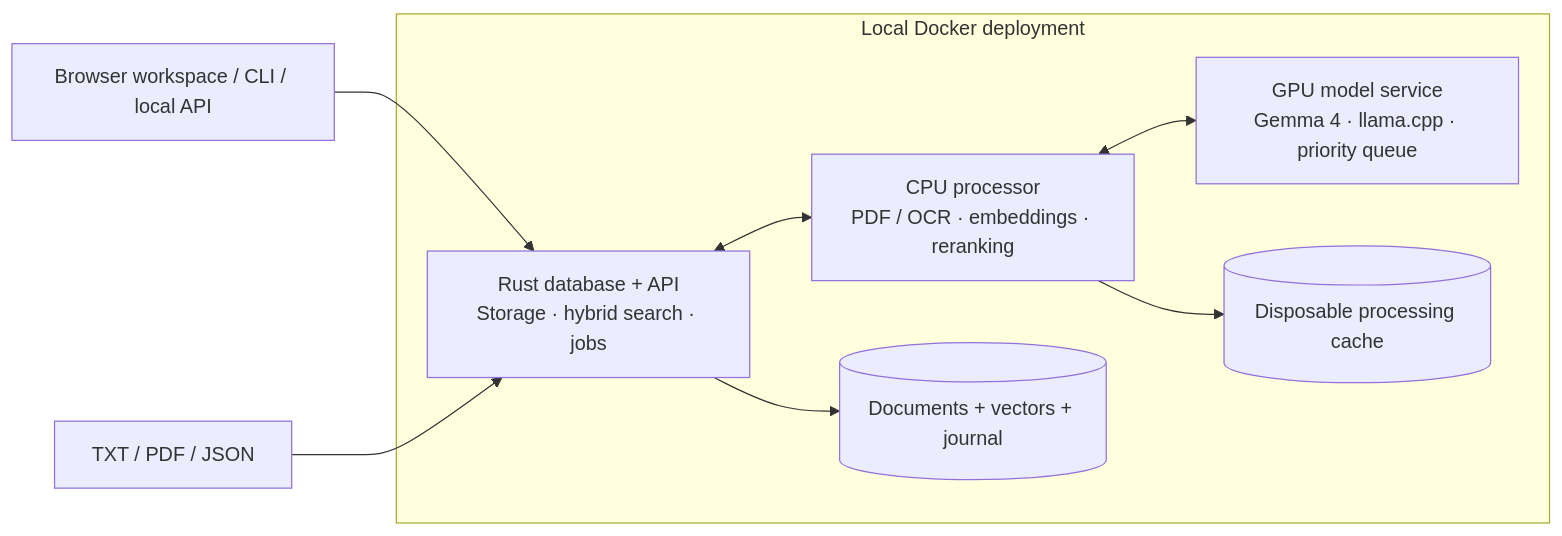
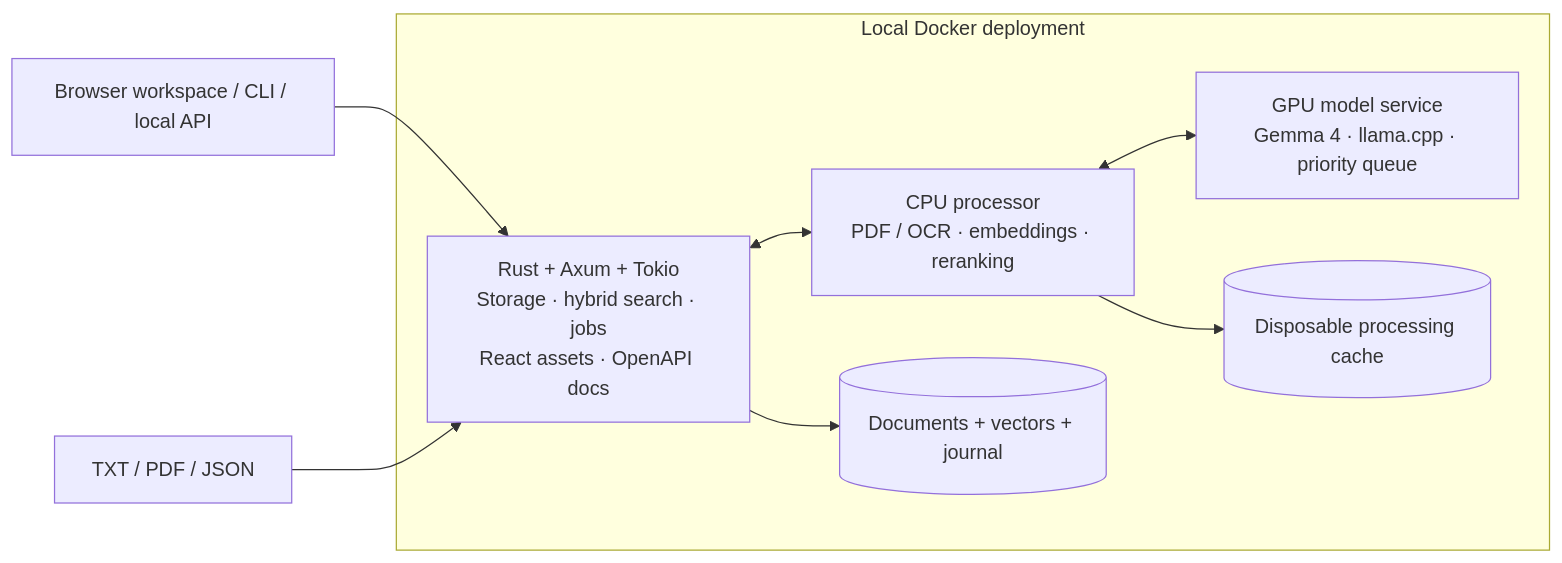
One commit to dpittaluga76/VectorNext changed the diagram in README.md. Above: the diagram before and after it, drawn with Mermaid. The commit also changed other lines of this file and 17 other files, not shown here.

````diff
--- a/README.md
+++ b/README.md
@@ -62,17 +80,17 @@
 ```mermaid
 flowchart LR
     Client["Browser workspace / CLI / local API"] --> Core
     Files["TXT / PDF / JSON"] --> Core
 
     subgraph Local["Local Docker deployment"]
-        Core["Rust database + API<br/>Storage · hybrid search · jobs"]
+        Core["Rust + Axum + Tokio<br/>Storage · hybrid search · jobs<br/>React assets · OpenAPI docs"]
         CPU["CPU processor<br/>PDF / OCR · embeddings · reranking"]
         GPU["GPU model service<br/>Gemma 4 · llama.cpp · priority queue"]
         Data[("Documents + vectors + journal")]
         Cache[("Disposable processing cache")]
         Core <--> CPU
         CPU <--> GPU
         Core --> Data
         CPU --> Cache
     end
 ```
````
